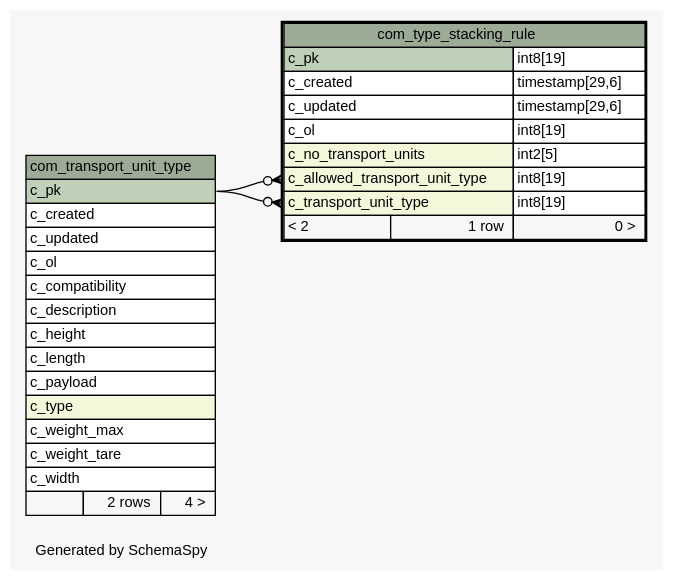
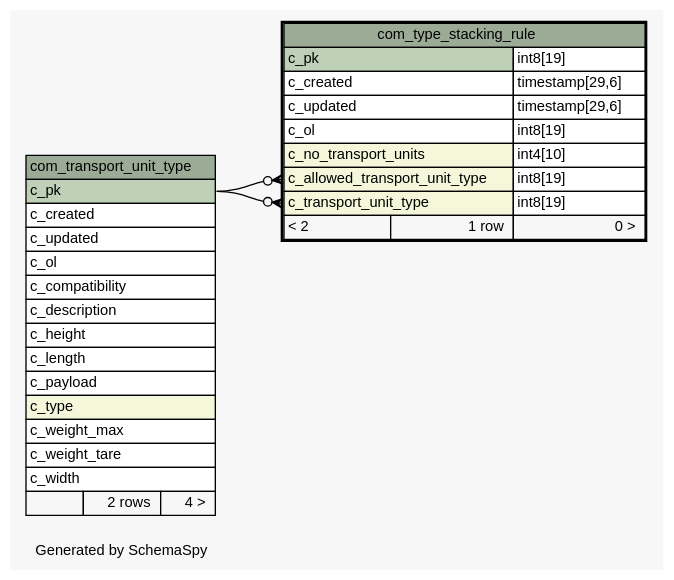
One commit to openwms/org.openwms.common.service.lib changed the diagram in schemaspy/diagrams/com_type_stacking_rule.1degree.dot. Above: the diagram before and after it, drawn with Graphviz. The commit also changed 428 other files, not shown here.

```diff
--- a/schemaspy/diagrams/com_type_stacking_rule.1degree.dot
+++ b/schemaspy/diagrams/com_type_stacking_rule.1degree.dot
@@ -1,62 +1,62 @@
 // dot 2.36.0 on Linux 4.4.0-101-generic
 // SchemaSpy rev Unknown
 digraph "oneDegreeRelationshipsDiagram" {
   graph [
     rankdir="RL"
     bgcolor="#f7f7f7"
     label="\nGenerated by SchemaSpy"
     labeljust="l"
     nodesep="0.18"
     ranksep="0.46"
     fontname="Helvetica"
     fontsize="11"
   ];
   node [
     fontname="Helvetica"
     fontsize="11"
     shape="plaintext"
   ];
   edge [
     arrowsize="0.8"
   ];
   "com_type_stacking_rule":"c_allowed_transport_unit_type":w -> "com_transport_unit_type":"c_pk":e [arrowhead=none dir=back arrowtail=crowodot];
   "com_type_stacking_rule":"c_transport_unit_type":w -> "com_transport_unit_type":"c_pk":e [arrowhead=none dir=back arrowtail=crowodot];
   "com_transport_unit_type" [
     label=<
     <TABLE BORDER="0" CELLBORDER="1" CELLSPACING="0" BGCOLOR="#ffffff">
       <TR><TD COLSPAN="3" BGCOLOR="#9bab96" ALIGN="CENTER">com_transport_unit_type</TD></TR>
       <TR><TD PORT="c_pk" COLSPAN="3" BGCOLOR="#bed1b8" ALIGN="LEFT">c_pk</TD></TR>
       <TR><TD PORT="c_created" COLSPAN="3" ALIGN="LEFT">c_created</TD></TR>
       <TR><TD PORT="c_updated" COLSPAN="3" ALIGN="LEFT">c_updated</TD></TR>
       <TR><TD PORT="c_ol" COLSPAN="3" ALIGN="LEFT">c_ol</TD></TR>
       <TR><TD PORT="c_compatibility" COLSPAN="3" ALIGN="LEFT">c_compatibility</TD></TR>
       <TR><TD PORT="c_description" COLSPAN="3" ALIGN="LEFT">c_description</TD></TR>
       <TR><TD PORT="c_height" COLSPAN="3" ALIGN="LEFT">c_height</TD></TR>
       <TR><TD PORT="c_length" COLSPAN="3" ALIGN="LEFT">c_length</TD></TR>
       <TR><TD PORT="c_payload" COLSPAN="3" ALIGN="LEFT">c_payload</TD></TR>
       <TR><TD PORT="c_type" COLSPAN="3" BGCOLOR="#f4f7da" ALIGN="LEFT">c_type</TD></TR>
       <TR><TD PORT="c_weight_max" COLSPAN="3" ALIGN="LEFT">c_weight_max</TD></TR>
       <TR><TD PORT="c_weight_tare" COLSPAN="3" ALIGN="LEFT">c_weight_tare</TD></TR>
       <TR><TD PORT="c_width" COLSPAN="3" ALIGN="LEFT">c_width</TD></TR>
       <TR><TD ALIGN="LEFT" BGCOLOR="#f7f7f7">  </TD><TD ALIGN="RIGHT" BGCOLOR="#f7f7f7">2 rows</TD><TD ALIGN="RIGHT" BGCOLOR="#f7f7f7">4 &gt;</TD></TR>
     </TABLE>>
     URL="com_transport_unit_type.html"
     tooltip="com_transport_unit_type"
   ];
   "com_type_stacking_rule" [
     label=<
     <TABLE BORDER="2" CELLBORDER="1" CELLSPACING="0" BGCOLOR="#ffffff">
       <TR><TD COLSPAN="3" BGCOLOR="#9bab96" ALIGN="CENTER">com_type_stacking_rule</TD></TR>
       <TR><TD PORT="c_pk" COLSPAN="2" BGCOLOR="#bed1b8" ALIGN="LEFT">c_pk</TD><TD PORT="c_pk.type" ALIGN="LEFT">int8[19]</TD></TR>
       <TR><TD PORT="c_created" COLSPAN="2" ALIGN="LEFT">c_created</TD><TD PORT="c_created.type" ALIGN="LEFT">timestamp[29,6]</TD></TR>
       <TR><TD PORT="c_updated" COLSPAN="2" ALIGN="LEFT">c_updated</TD><TD PORT="c_updated.type" ALIGN="LEFT">timestamp[29,6]</TD></TR>
       <TR><TD PORT="c_ol" COLSPAN="2" ALIGN="LEFT">c_ol</TD><TD PORT="c_ol.type" ALIGN="LEFT">int8[19]</TD></TR>
-      <TR><TD PORT="c_no_transport_units" COLSPAN="2" BGCOLOR="#f4f7da" ALIGN="LEFT">c_no_transport_units</TD><TD PORT="c_no_transport_units.type" ALIGN="LEFT">int2[5]</TD></TR>
+      <TR><TD PORT="c_no_transport_units" COLSPAN="2" BGCOLOR="#f4f7da" ALIGN="LEFT">c_no_transport_units</TD><TD PORT="c_no_transport_units.type" ALIGN="LEFT">int4[10]</TD></TR>
       <TR><TD PORT="c_allowed_transport_unit_type" COLSPAN="2" BGCOLOR="#f4f7da" ALIGN="LEFT">c_allowed_transport_unit_type</TD><TD PORT="c_allowed_transport_unit_type.type" ALIGN="LEFT">int8[19]</TD></TR>
       <TR><TD PORT="c_transport_unit_type" COLSPAN="2" BGCOLOR="#f4f7da" ALIGN="LEFT">c_transport_unit_type</TD><TD PORT="c_transport_unit_type.type" ALIGN="LEFT">int8[19]</TD></TR>
       <TR><TD ALIGN="LEFT" BGCOLOR="#f7f7f7">&lt; 2</TD><TD ALIGN="RIGHT" BGCOLOR="#f7f7f7">1 row</TD><TD ALIGN="RIGHT" BGCOLOR="#f7f7f7">0 &gt;</TD></TR>
     </TABLE>>
     URL="com_type_stacking_rule.html"
     tooltip="com_type_stacking_rule"
   ];
 }
```
